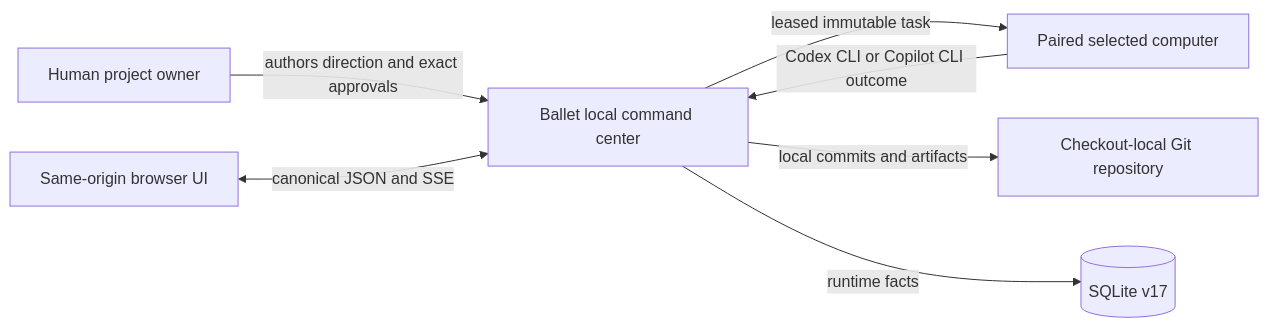
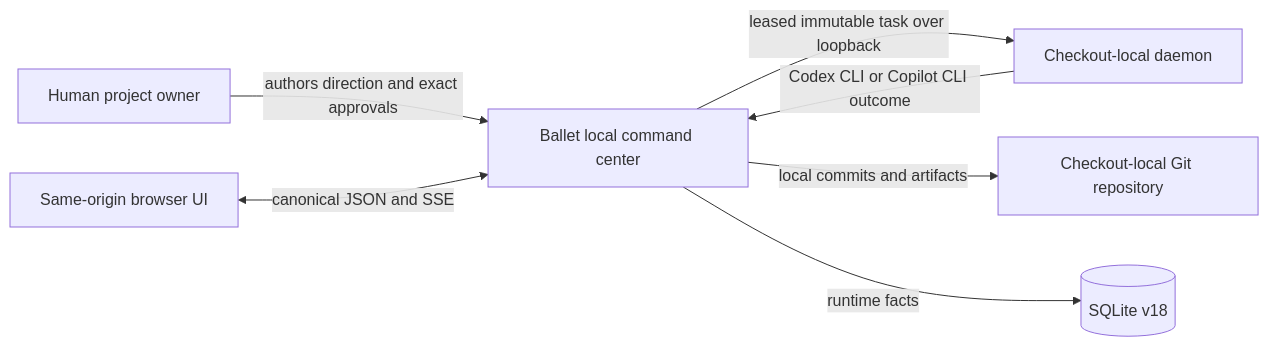
Before and after one commit to isinisalo/ballet: the first of 6 diagrams in ARCHITECTURE.md, drawn with Mermaid. The commit also changed other lines of this file and 140 other files, not shown here.

````diff
--- a/ARCHITECTURE.md
+++ b/ARCHITECTURE.md
@@ -34,9 +34,9 @@
 ```mermaid
 flowchart LR
   Human[Human project owner] -->|authors direction and exact approvals| Ballet[Ballet local command center]
-  Ballet -->|leased immutable task| Daemon[Paired selected computer]
+  Ballet -->|leased immutable task over loopback| Daemon[Checkout-local daemon]
   Daemon -->|Codex CLI or Copilot CLI outcome| Ballet
   Ballet -->|local commits and artifacts| Git[Checkout-local Git repository]
-  Ballet -->|runtime facts| DB[(SQLite v17)]
+  Ballet -->|runtime facts| DB[(SQLite v18)]
   Browser[Same-origin browser UI] <-->|canonical JSON and SSE| Ballet
 ```
````
